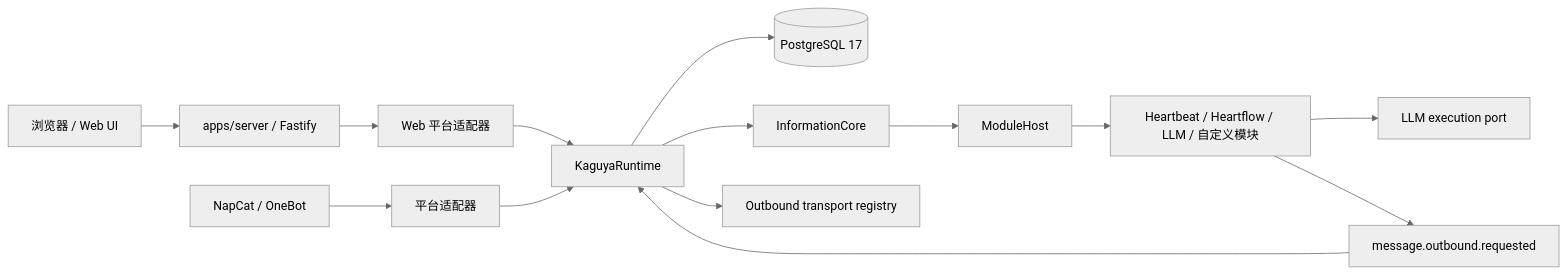
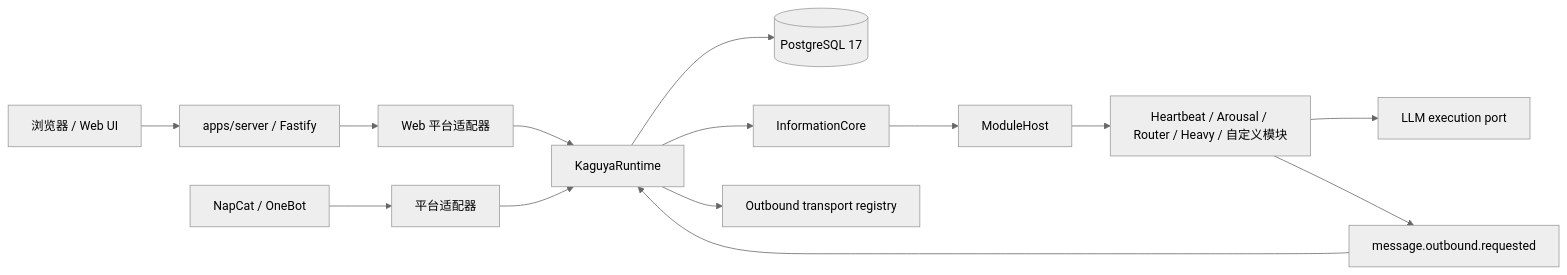
Before and after one commit to posanbu/Kaguya: the first of 2 diagrams in docs/developers/architecture.md, drawn with Mermaid (neutral theme). The commit also changed other lines of this file and 208 other files, not shown here.

Commit message:
Merge Heartflow and Focus into Router; rename Light and Heavy (#268)

````diff
--- a/docs/developers/architecture.md
+++ b/docs/developers/architecture.md
@@ -16,16 +16,16 @@
 ```mermaid
 flowchart LR
   Browser[浏览器 / Web UI] --> Server[apps/server / Fastify]
   NapCat[NapCat / OneBot] --> Adapter[平台适配器]
   Server --> WebAdapter[Web 平台适配器]
   WebAdapter --> Runtime[KaguyaRuntime]
   Adapter --> Runtime
   Runtime --> DB[(PostgreSQL 17)]
   Runtime --> Core[InformationCore]
   Core --> Host[ModuleHost]
-  Host --> Modules[Heartbeat / Heartflow / LLM / 自定义模块]
+  Host --> Modules[Heartbeat / Arousal / Router / Heavy / 自定义模块]
   Modules --> LLM[LLM execution port]
   Modules --> Outbound[message.outbound.requested]
   Outbound --> Runtime
   Runtime --> Transport[Outbound transport registry]
 ```
````
